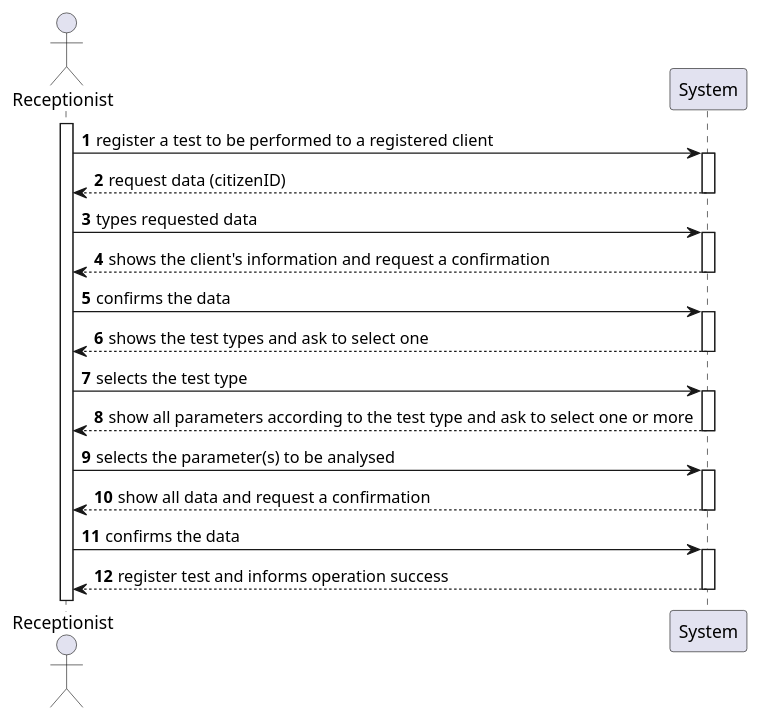
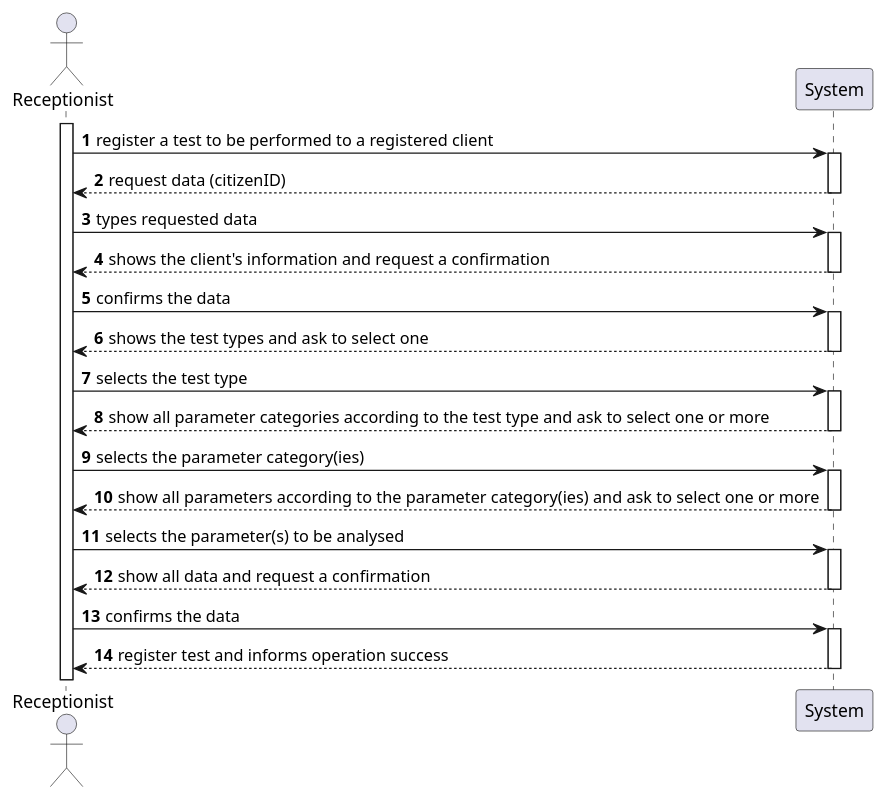
One commit to 0franciscor/lei-21-s2-1de-g19 changed the diagram in docs/SprintC/US04/US04-SSD.puml. Above: the diagram before and after it, drawn with PlantUML. The commit also changed 5 other files, not shown here.

```diff
--- a/docs/SprintC/US04/US04-SSD.puml
+++ b/docs/SprintC/US04/US04-SSD.puml
@@ -1,20 +1,22 @@
 @startuml
 'https://plantuml.com/sequence-diagram
 
 autonumber
 
 actor "Receptionist" as R
 activate R
 R -> System ++: register a test to be performed to a registered client
 System -->  R --: request data (citizenID)
 R -> System ++: types requested data
 System -->  R --: shows the client's information and request a confirmation
 R -> System ++: confirms the data
 System --> R --: shows the test types and ask to select one
 R -> System ++: selects the test type
-System --> R --: show all parameters according to the test type and ask to select one or more
+System --> R --: show all parameter categories according to the test type and ask to select one or more
+R -> System ++: selects the parameter category(ies)
+System --> R --: show all parameters according to the parameter category(ies) and ask to select one or more
 R -> System ++: selects the parameter(s) to be analysed
 System --> R --: show all data and request a confirmation
 R -> System ++: confirms the data
 System --> R --: register test and informs operation success
 @enduml
```
